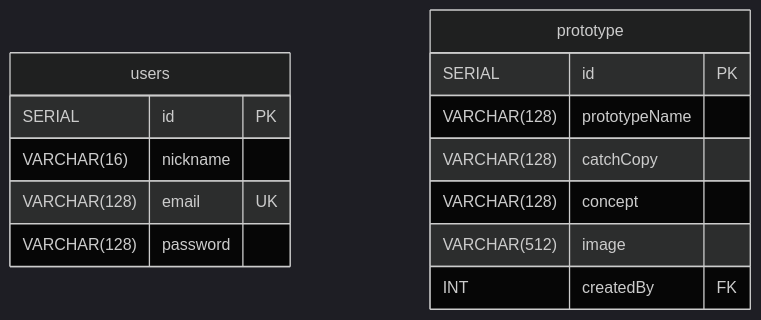
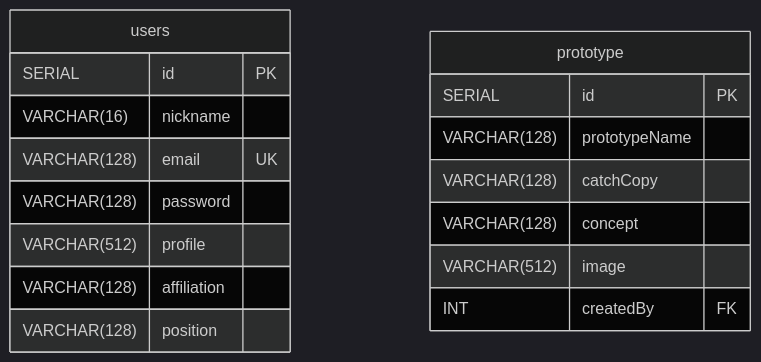
One commit to Maeda-smart/protospace-b changed the diagram in README.md. Above: the diagram before and after it, drawn with Mermaid (dark theme).

Commit message:
update README users table

````diff
--- a/README.md
+++ b/README.md
@@ -8,17 +8,20 @@
 ```mermaid
 erDiagram
   users{
     SERIAL id PK
     VARCHAR(16) nickname
     VARCHAR(128) email UK
     VARCHAR(128) password
+    VARCHAR(512) profile
+    VARCHAR(128) affiliation
+    VARCHAR(128) position
   }
   prototype{
     SERIAL id PK
     VARCHAR(128) prototypeName
     VARCHAR(128) catchCopy
     VARCHAR(128) concept
     VARCHAR(512) image
     INT createdBy FK
   }
 ```
````
